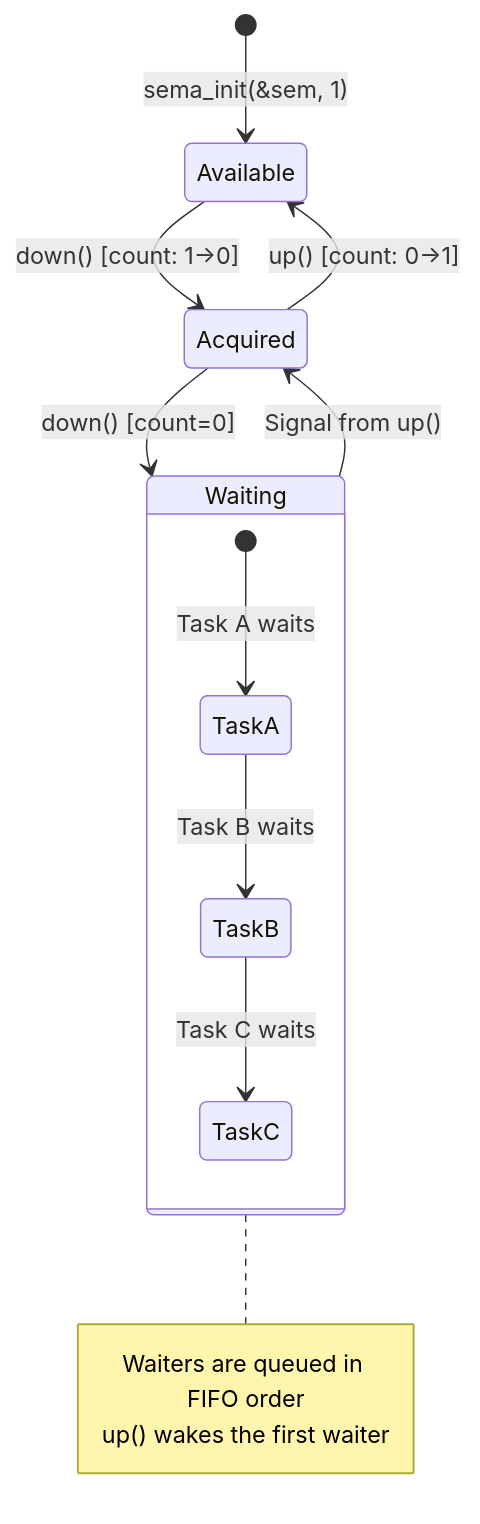
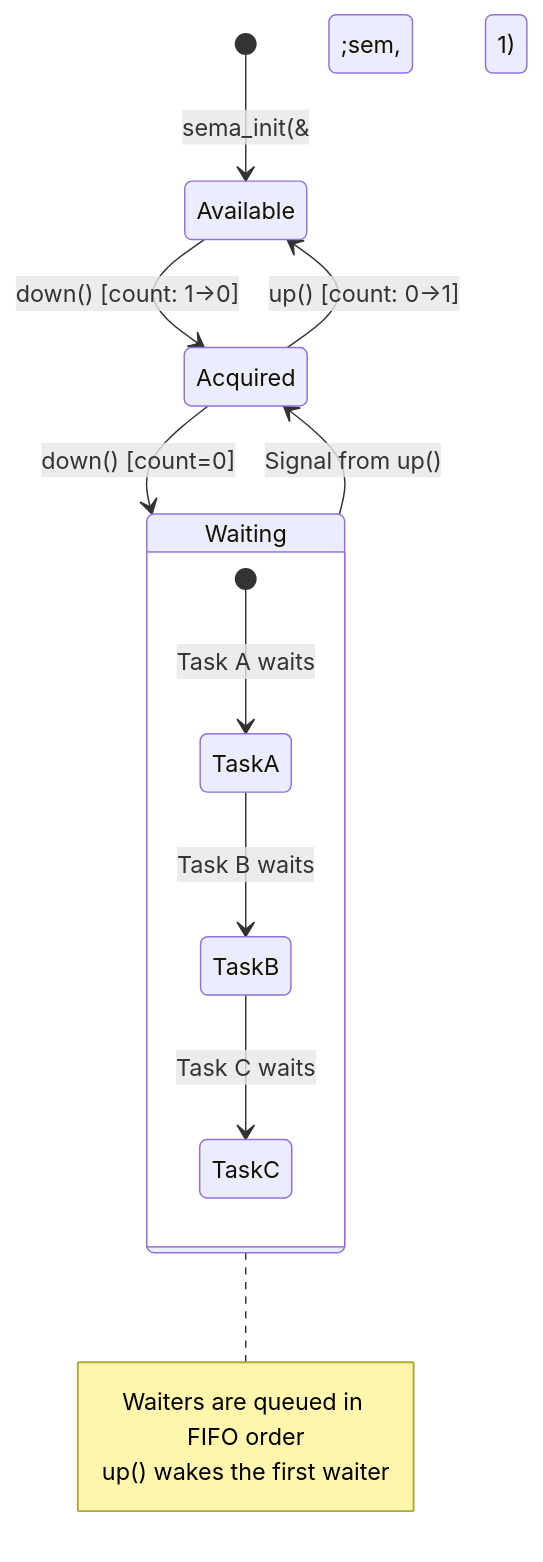
Before and after one commit to Abhinav-Kumar012/lb2: the first of 4 diagrams in src/kernel/sync/semaphores.md, drawn with Mermaid. The commit also changed other lines of this file and 211 other files, not shown here.

First line of the commit message:
fix: mermaid syntax issues across 212 files

````diff
--- a/src/kernel/sync/semaphores.md
+++ b/src/kernel/sync/semaphores.md
@@ -155,19 +155,19 @@
 ```mermaid
 stateDiagram-v2
-    [*] --> Available: sema_init(&sem, 1)
+    [*] --> Available: sema_init(&amp;sem, 1)
     Available --> Acquired: down() [count: 1→0]
     Acquired --> Available: up() [count: 0→1]
     Acquired --> Waiting: down() [count=0]
     Waiting --> Acquired: Signal from up()
     
     state Waiting {
         [*] --> TaskA: Task A waits
         TaskA --> TaskB: Task B waits
         TaskB --> TaskC: Task C waits
     }
     
     note right of Waiting
         Waiters are queued in FIFO order
         up() wakes the first waiter
     end note
 ```
````
